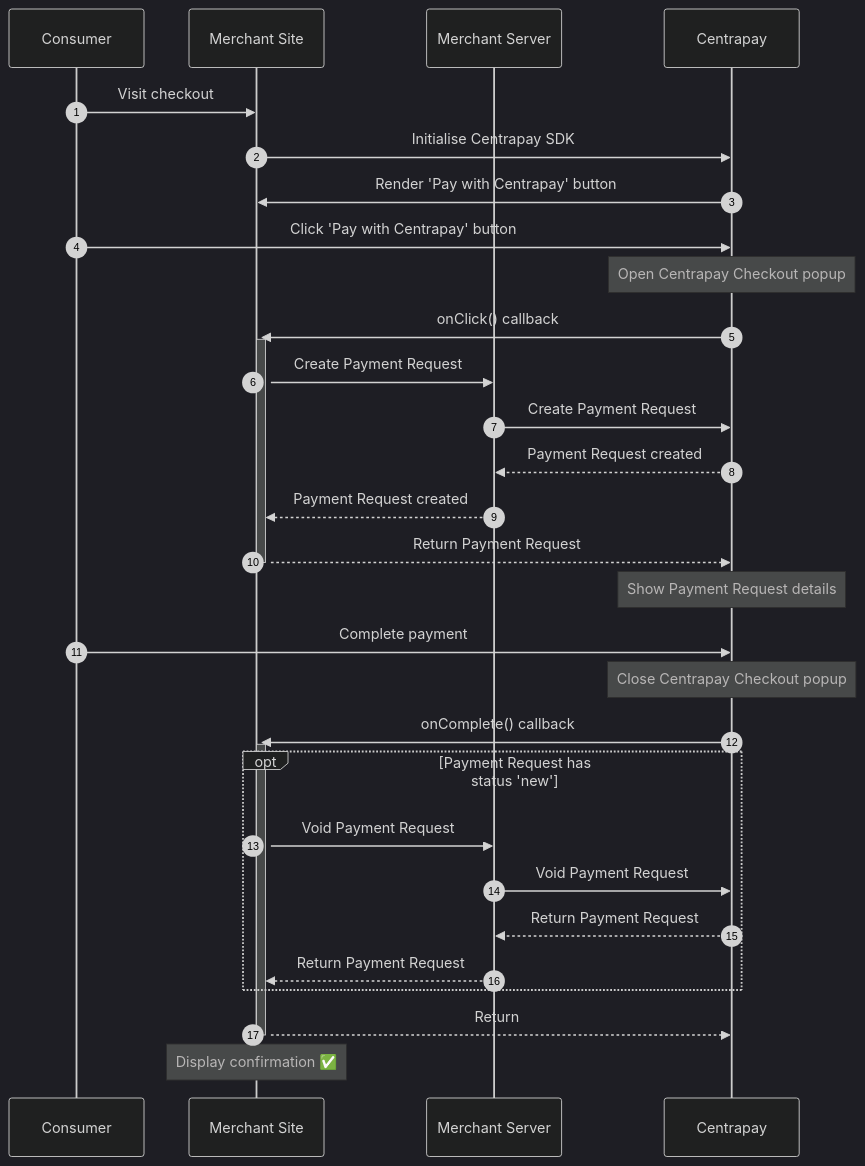
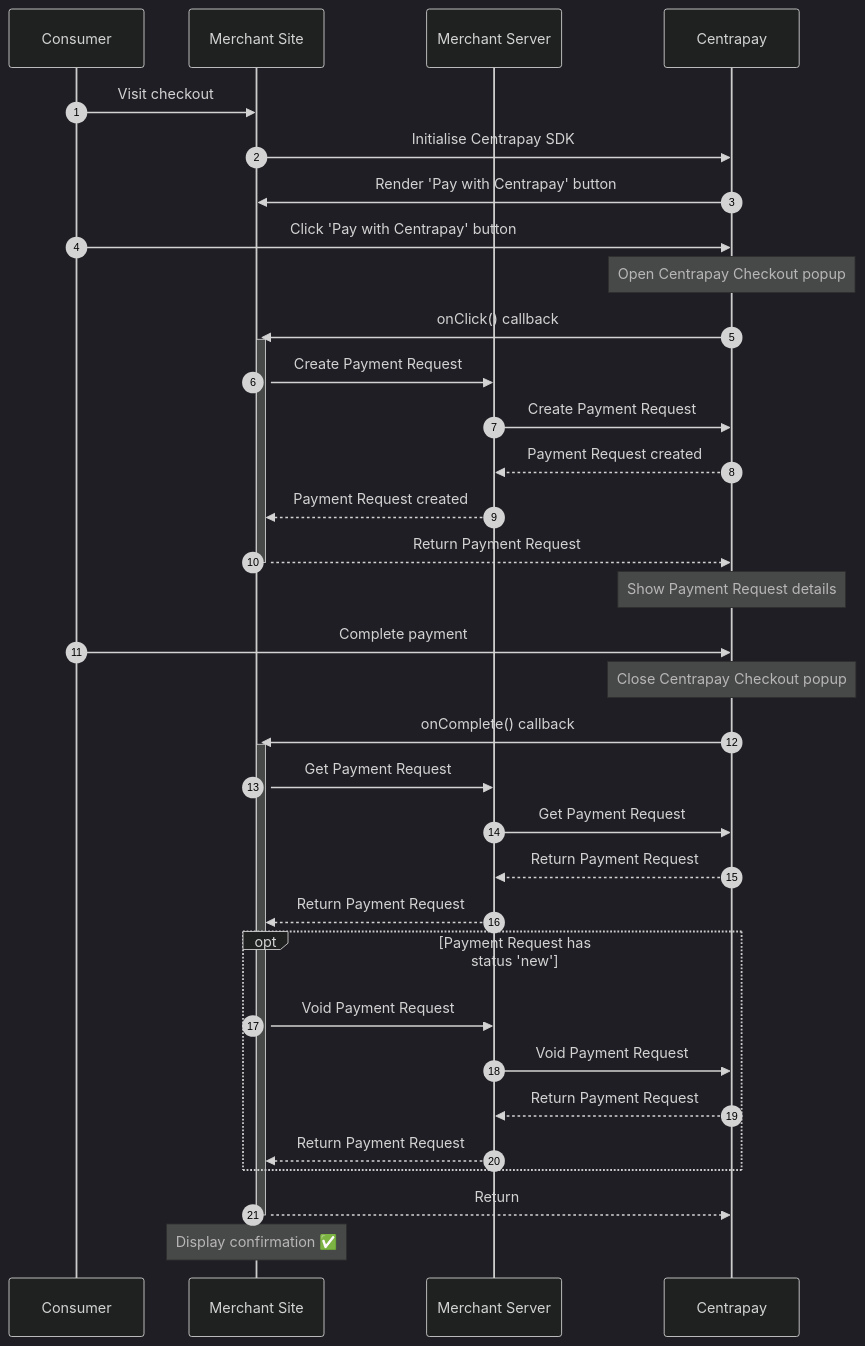
Before and after one commit to centrapay/centrapay-docs: the diagram in src/content/guides/ecommerce-website.mdx, drawn with Mermaid (dark theme). The commit also changed other lines of this file, not shown here.

First line of the commit message:
♻️ Update ecommerce docs for integrator to GET Payment Request

````diff
--- a/src/content/guides/ecommerce-website.mdx
+++ b/src/content/guides/ecommerce-website.mdx
@@ -43,33 +43,37 @@
 ```mermaid
 sequenceDiagram
 autonumber
   participant Consumer
   participant MP as Merchant Site
   participant MS as Merchant Server
   participant CP as Centrapay
 
   Consumer->>MP: Visit checkout
   MP->>CP: Initialise Centrapay SDK
   CP->>MP: Render 'Pay with Centrapay' button
   Consumer->>CP: Click 'Pay with Centrapay' button
   Note over CP: Open Centrapay Checkout popup
   CP->>+MP: onClick() callback
   activate MP
   MP->>MS: Create Payment Request
   MS->>CP: Create Payment Request
   CP-->>MS: Payment Request created
   MS-->>MP: Payment Request created
   MP-->>-CP: Return Payment Request
   Note over CP: Show Payment Request details
   Consumer->>CP: Complete payment
   Note over CP: Close Centrapay Checkout popup
   CP->>+MP: onComplete() callback
+  MP->>MS: Get Payment Request
+  MS->>CP: Get Payment Request
+  CP-->>MS: Return Payment Request
+  MS-->>MP: Return Payment Request
   opt Payment Request has status 'new'
 	MP->>MS: Void Payment Request
   MS->>CP: Void Payment Request
   CP-->>MS: Return Payment Request
   MS-->>MP: Return Payment Request
   end
   MP-->>-CP: Return
   Note over MP: Display confirmation ✅
 ```
````
